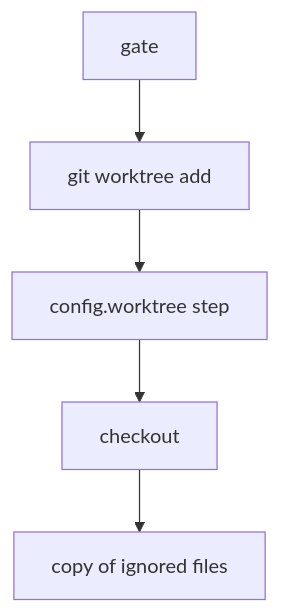
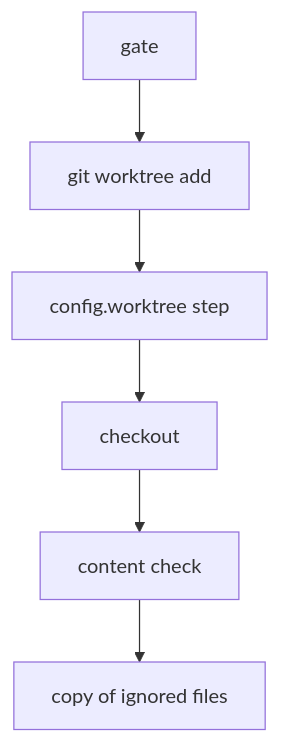
The diagram in docs/protocol/git-worktree-create.md (schubydoo/claustrum), drawn with Mermaid before and after one commit. The commit also changed other lines of this file and 21 other files, not shown here.

````diff
--- a/docs/protocol/git-worktree-create.md
+++ b/docs/protocol/git-worktree-create.md
@@ -144,4 +162,4 @@
 ```mermaid
 flowchart TD
-    A["gate"] --> C["git worktree add"] --> E["config.worktree step"] --> F["checkout"] --> G["copy of ignored files"]
+    A["gate"] --> C["git worktree add"] --> E["config.worktree step"] --> F["checkout"] --> H["content check"] --> G["copy of ignored files"]
 ```
````
